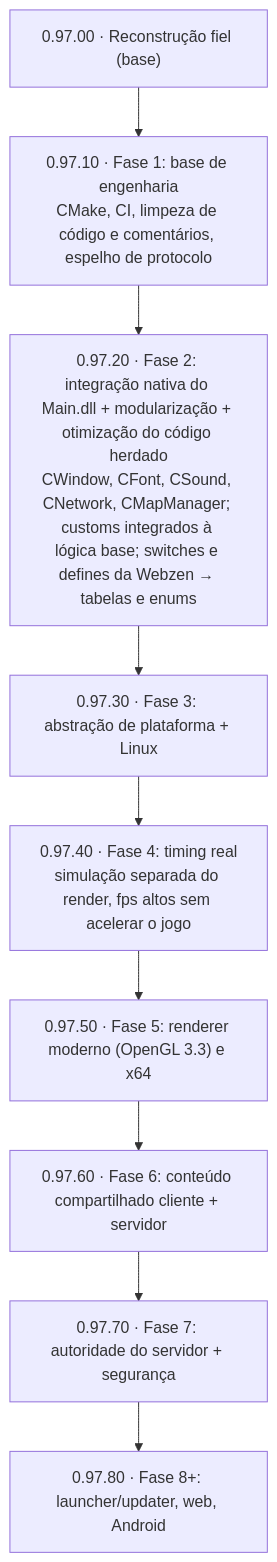
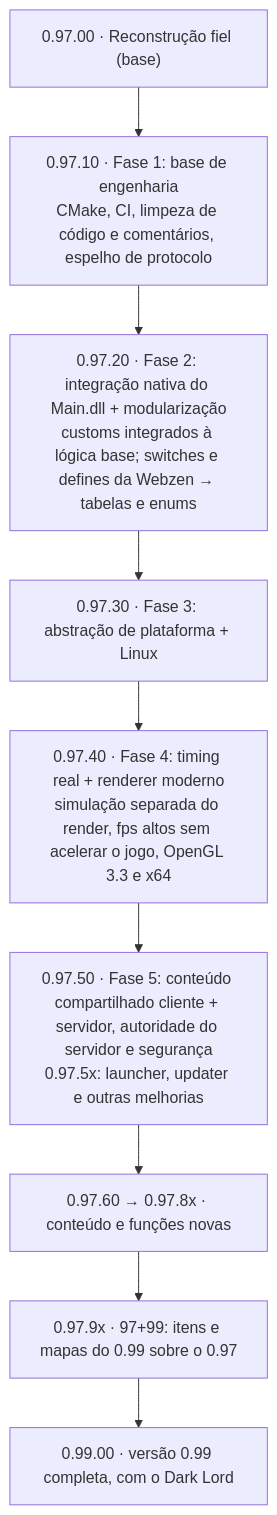
The first of 2 diagrams in README.pt-BR.md (EmanuelCatania/Mu-97k-Client-Source), drawn with Mermaid before and after one commit. The commit also changed other lines of this file and 2 other files, not shown here.

First line of the commit message:
README: hoja de ruta y versionado por versión de Webzen

````diff
--- a/README.pt-BR.md
+++ b/README.pt-BR.md
@@ -549,12 +555,12 @@
 ```mermaid
 flowchart TD
     F0["0.97.00 · Reconstrução fiel (base)"] --> F1
     F1["0.97.10 · Fase 1: base de engenharia<br/>CMake, CI, limpeza de código e comentários, espelho de protocolo"] --> F2
-    F2["0.97.20 · Fase 2: integração nativa do Main.dll + modularização + otimização do código herdado<br/>CWindow, CFont, CSound, CNetwork, CMapManager; customs integrados à lógica base; switches e defines da Webzen → tabelas e enums"] --> F3
+    F2["0.97.20 · Fase 2: integração nativa do Main.dll + modularização<br/>customs integrados à lógica base; switches e defines da Webzen → tabelas e enums"] --> F3
     F3["0.97.30 · Fase 3: abstração de plataforma + Linux"] --> F4
-    F4["0.97.40 · Fase 4: timing real<br/>simulação separada do render, fps altos sem acelerar o jogo"] --> F5
-    F5["0.97.50 · Fase 5: renderer moderno (OpenGL 3.3) e x64"] --> F6
-    F6["0.97.60 · Fase 6: conteúdo compartilhado cliente + servidor"] --> F7
-    F7["0.97.70 · Fase 7: autoridade do servidor + segurança"] --> F8
-    F8["0.97.80 · Fase 8+: launcher/updater, web, Android"]
+    F4["0.97.40 · Fase 4: timing real + renderer moderno<br/>simulação separada do render, fps altos sem acelerar o jogo, OpenGL 3.3 e x64"] --> F5
+    F5["0.97.50 · Fase 5: conteúdo compartilhado cliente + servidor, autoridade do servidor e segurança<br/>0.97.5x: launcher, updater e outras melhorias"] --> F6
+    F6["0.97.60 → 0.97.8x · conteúdo e funções novas"] --> F9
+    F9["0.97.9x · 97+99: itens e mapas do 0.99 sobre o 0.97"] --> V99
+    V99["0.99.00 · versão 0.99 completa, com o Dark Lord"]
 ```
````
